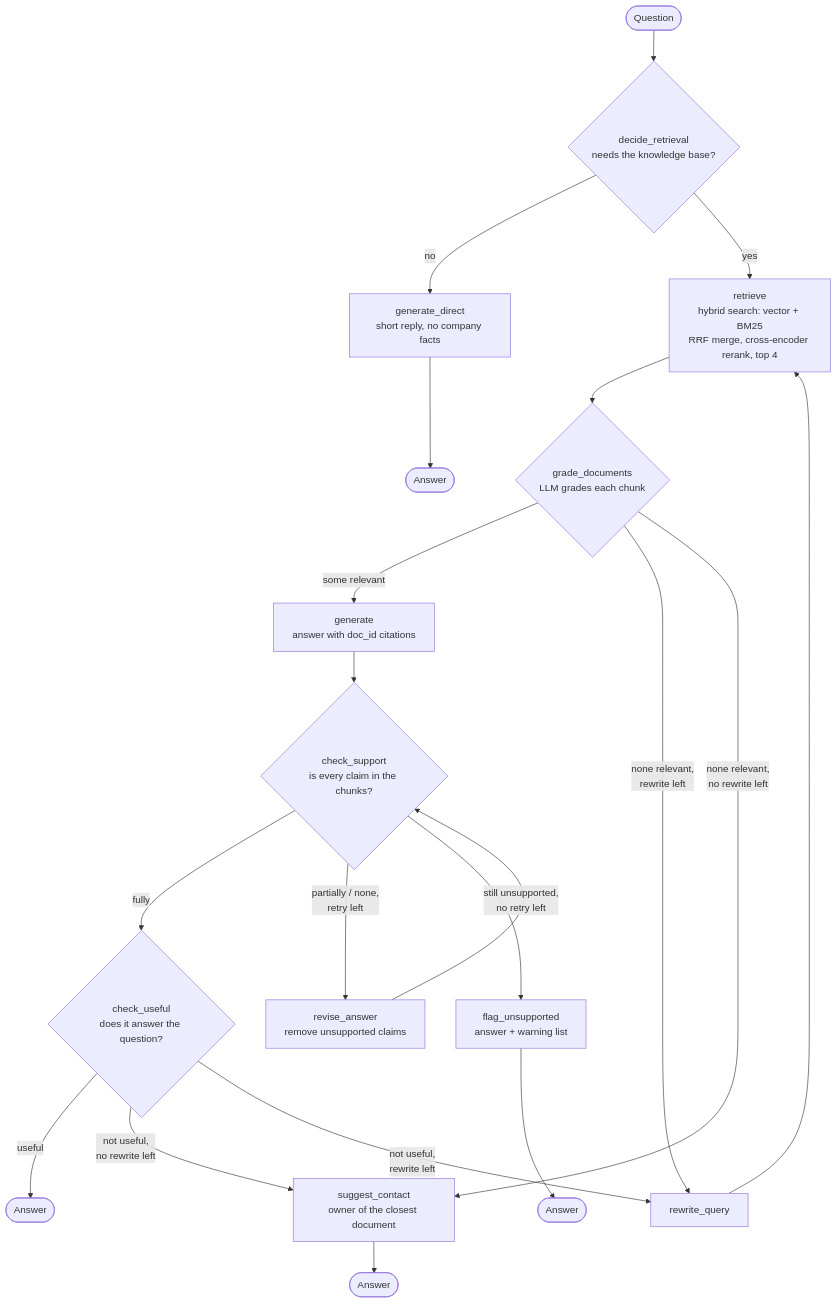
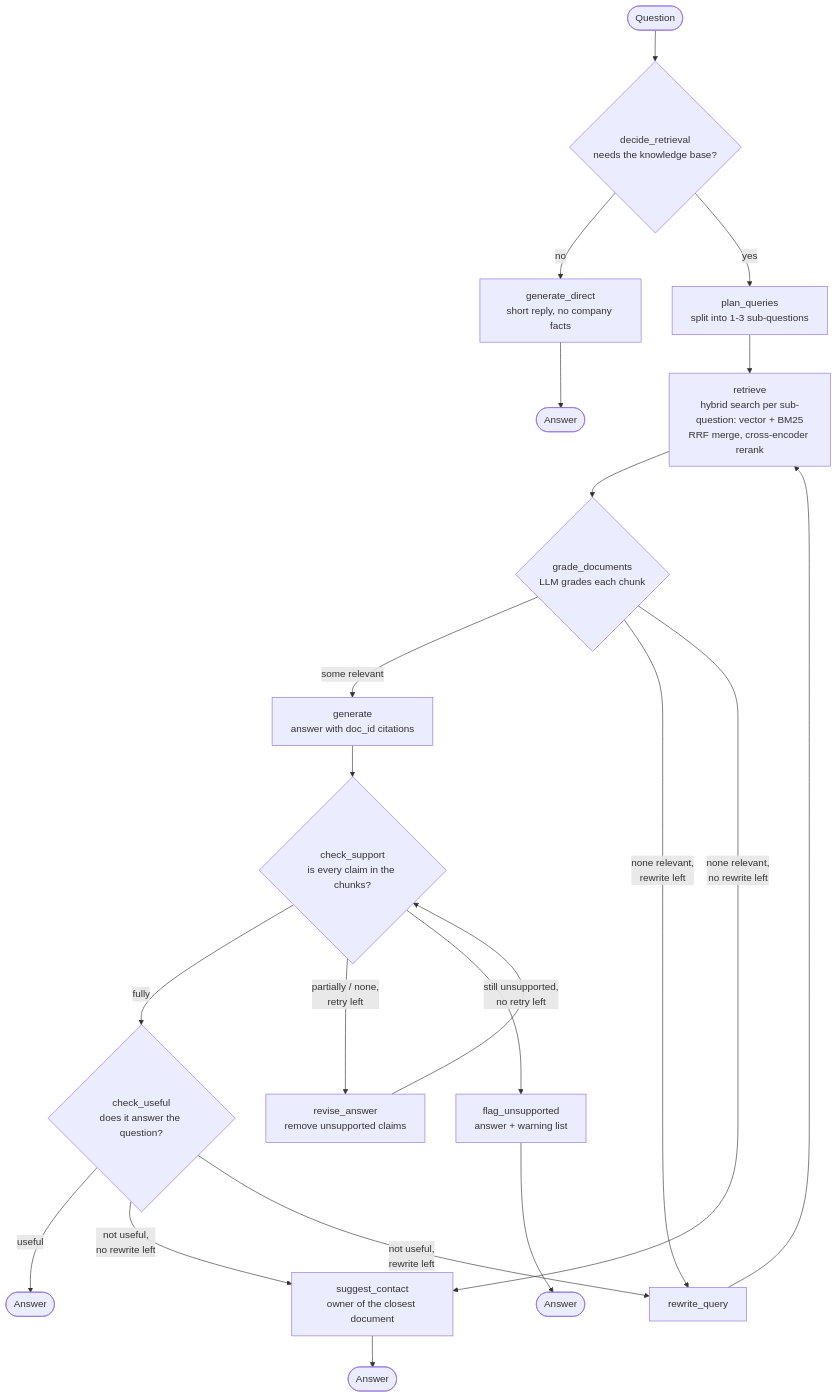
Before and after one commit to kaushik-hadiya/SelfRAG: the diagram in README.md, drawn with Mermaid. The commit also changed other lines of this file and 2 other files, not shown here.

First line of the commit message:
plan_queries: split multi-part questions into sub-questions, one search each

````diff
--- a/README.md
+++ b/README.md
@@ -46,19 +46,20 @@
 ```mermaid
 flowchart TD
     Q([Question]) --> D{decide_retrieval<br/>needs the knowledge base?}
     D -->|no| GD[generate_direct<br/>short reply, no company facts] --> E1([Answer])
-    D -->|yes| R[retrieve<br/>hybrid search: vector + BM25<br/>RRF merge, cross-encoder rerank, top 4]
+    D -->|yes| P[plan_queries<br/>split into 1-3 sub-questions]
+    P --> R[retrieve<br/>hybrid search per sub-question: vector + BM25<br/>RRF merge, cross-encoder rerank]
     R --> G{grade_documents<br/>LLM grades each chunk}
     G -->|some relevant| GEN[generate<br/>answer with doc_id citations]
     G -->|none relevant,<br/>rewrite left| RW[rewrite_query]
     G -->|none relevant,<br/>no rewrite left| SC[suggest_contact<br/>owner of the closest document] --> E2([Answer])
     GEN --> S{check_support<br/>is every claim in the chunks?}
     S -->|fully| U{check_useful<br/>does it answer the question?}
     S -->|partially / none,<br/>retry left| RV[revise_answer<br/>remove unsupported claims]
     RV --> S
     S -->|still unsupported,<br/>no retry left| F[flag_unsupported<br/>answer + warning list] --> E3([Answer])
     U -->|useful| E4([Answer])
     U -->|not useful,<br/>no rewrite left| SC
     U -->|not useful,<br/>rewrite left| RW
     RW --> R
 ```
````
